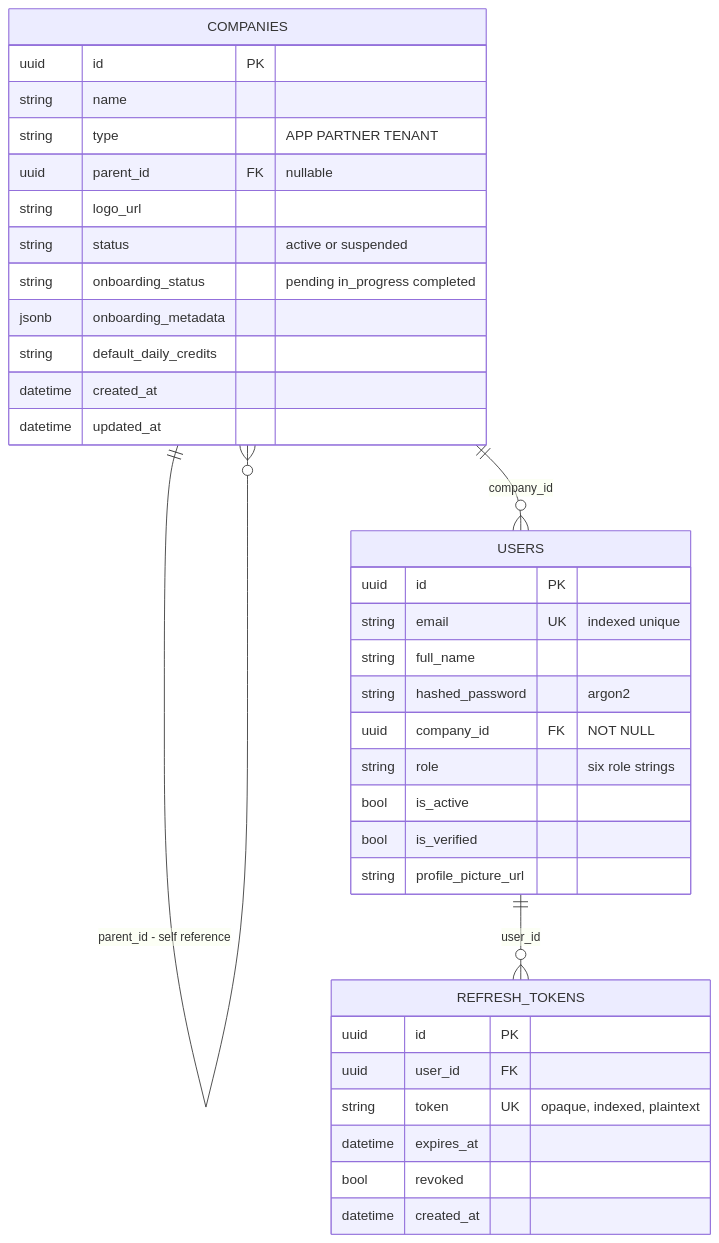
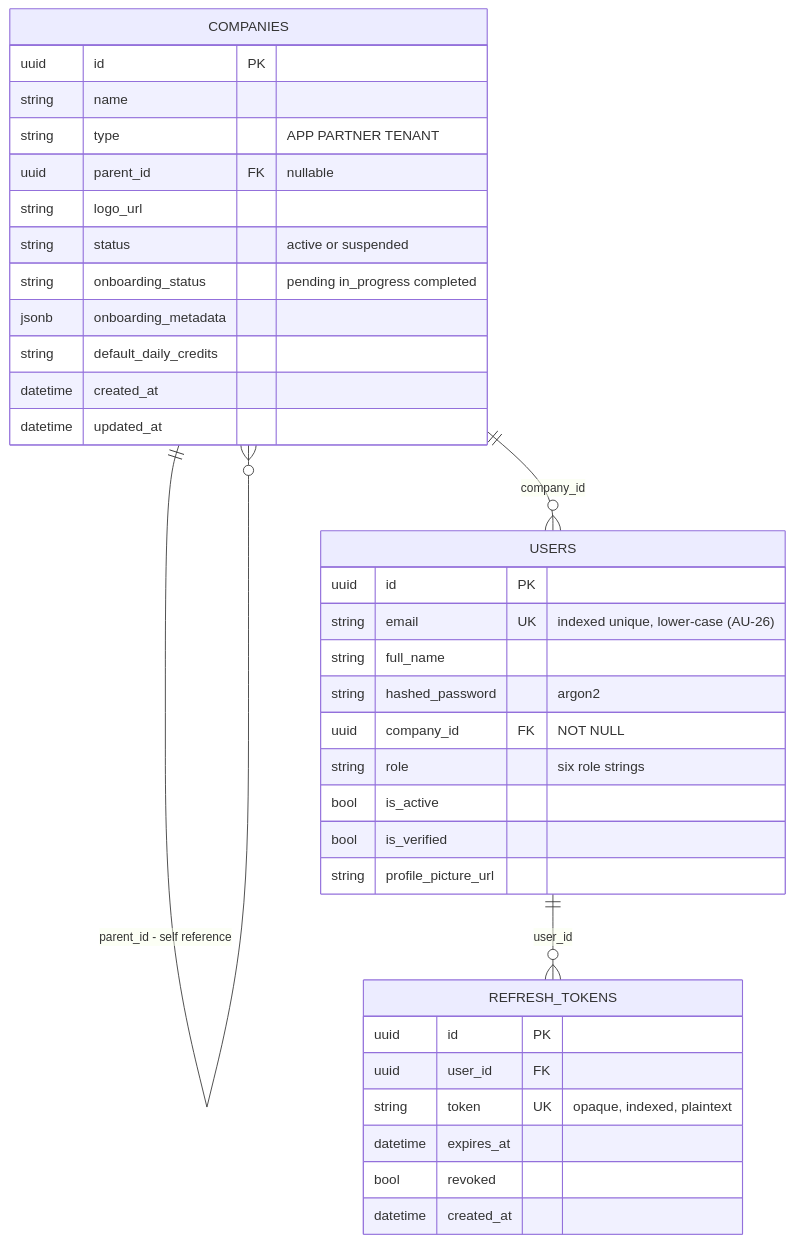
The second of 20 diagrams in docs/current/04-auth-rbac-tenancy.md (gondolerahul/hire-buddha-app), drawn with Mermaid before and after one commit. The commit also changed other lines of this file and 8 other files, not shown here.

````diff
--- a/docs/current/04-auth-rbac-tenancy.md
+++ b/docs/current/04-auth-rbac-tenancy.md
@@ -78,39 +78,39 @@
 ```mermaid
 erDiagram
     COMPANIES ||--o{ COMPANIES : "parent_id - self reference"
     COMPANIES ||--o{ USERS : "company_id"
     USERS ||--o{ REFRESH_TOKENS : "user_id"
 
     COMPANIES {
         uuid id PK
         string name
         string type "APP PARTNER TENANT"
         uuid parent_id FK "nullable"
         string logo_url
         string status "active or suspended"
         string onboarding_status "pending in_progress completed"
         jsonb onboarding_metadata
         string default_daily_credits
         datetime created_at
         datetime updated_at
     }
     USERS {
         uuid id PK
-        string email UK "indexed unique"
+        string email UK "indexed unique, lower-case (AU-26)"
         string full_name
         string hashed_password "argon2"
         uuid company_id FK "NOT NULL"
         string role "six role strings"
         bool is_active
         bool is_verified
         string profile_picture_url
     }
     REFRESH_TOKENS {
         uuid id PK
         uuid user_id FK
         string token UK "opaque, indexed, plaintext"
         datetime expires_at
         bool revoked
         datetime created_at
     }
 ```
````
